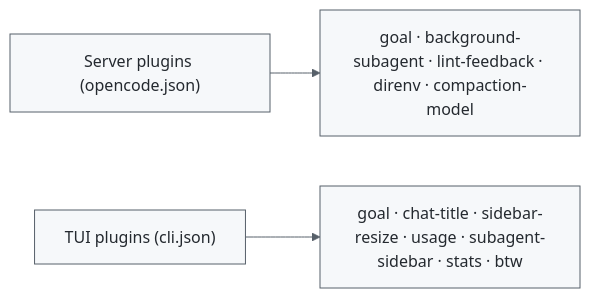
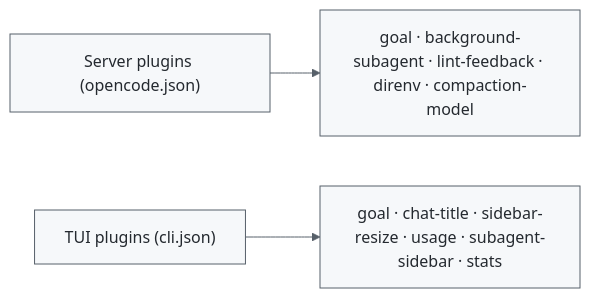
The diagram in src/data/readme/madsoftwaredev--opencode-chat-title.md (qunqin24/opendock), drawn with Mermaid before and after one commit. The commit also changed other lines of this file and 114 other files, not shown here.

````diff
--- a/src/data/readme/madsoftwaredev--opencode-chat-title.md
+++ b/src/data/readme/madsoftwaredev--opencode-chat-title.md
@@ -26,6 +26,6 @@
 ```mermaid
 %%{init: {'theme': 'base', 'themeVariables': {'primaryColor': '#f6f8fa', 'primaryBorderColor': '#57606a', 'primaryTextColor': '#24292f', 'lineColor': '#57606a'}}}%%
 flowchart LR
     S["Server plugins (opencode.json)"] --> A["goal · background-subagent · lint-feedback · direnv · compaction-model"]
-    T["TUI plugins (cli.json)"] --> B["goal · chat-title · sidebar-resize · usage · subagent-sidebar · stats · btw"]
+    T["TUI plugins (cli.json)"] --> B["goal · chat-title · sidebar-resize · usage · subagent-sidebar · stats"]
 ```
````
